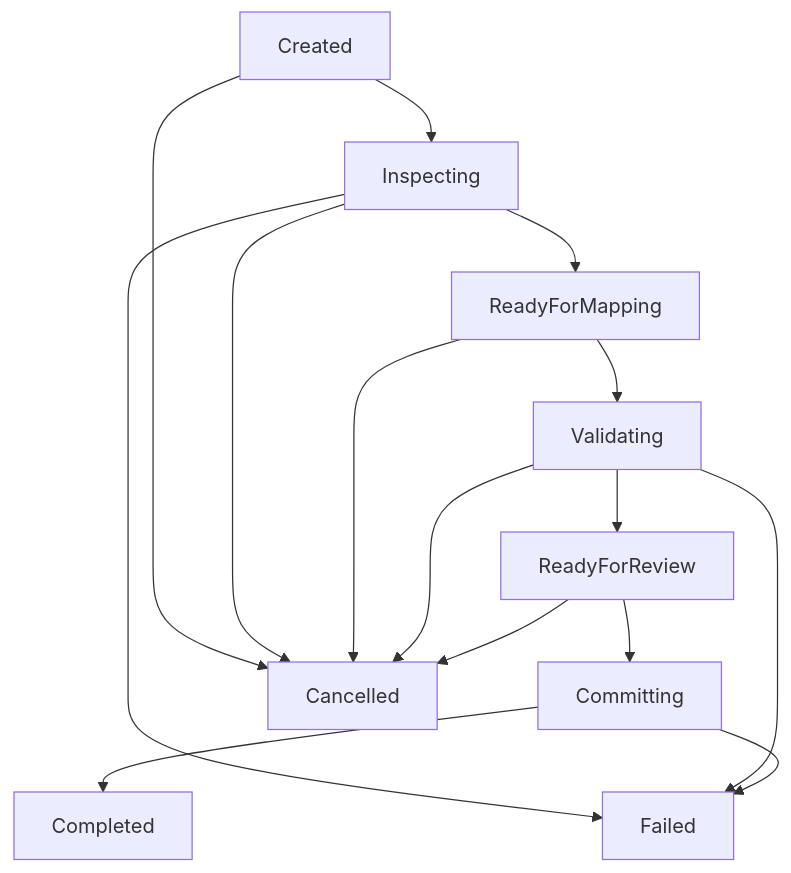
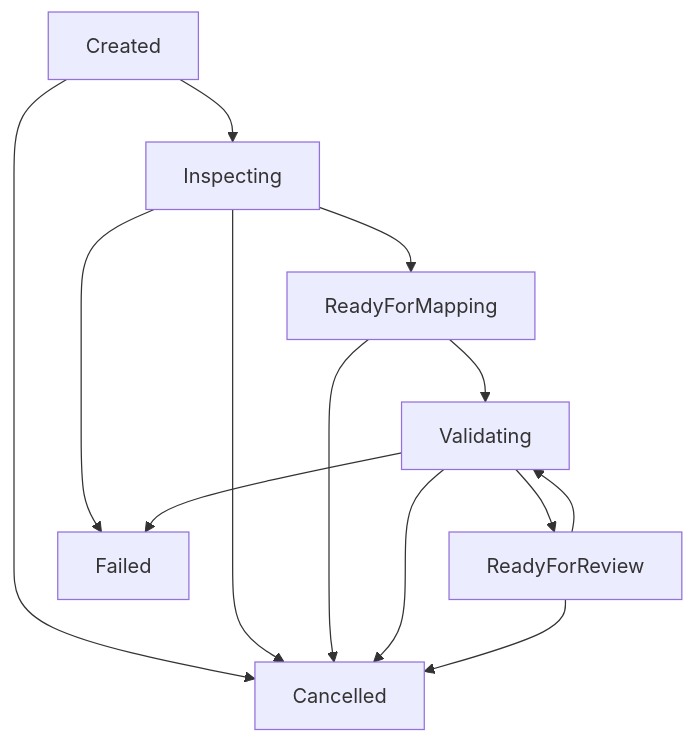
One commit to r0ngdepzai688/IQC-nexus changed the diagram in docs/imports/IMPORT-LIFECYCLE.md. Above: the diagram before and after it, drawn with Mermaid. The commit also changed other lines of this file and 2 other files, not shown here.

````diff
--- a/docs/imports/IMPORT-LIFECYCLE.md
+++ b/docs/imports/IMPORT-LIFECYCLE.md
@@ -5,17 +5,15 @@
 ```mermaid
 graph TD
     Created --> Inspecting
     Inspecting --> ReadyForMapping
     ReadyForMapping --> Validating
     Validating --> ReadyForReview
-    ReadyForReview --> Committing
-    Committing --> Completed
+    ReadyForReview --> Validating
     Created --> Cancelled
     Inspecting --> Cancelled
     ReadyForMapping --> Cancelled
     Validating --> Cancelled
     ReadyForReview --> Cancelled
     Inspecting --> Failed
     Validating --> Failed
-    Committing --> Failed
 ```
````
